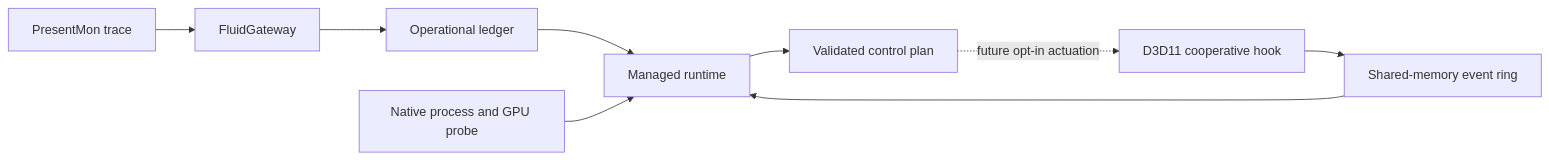
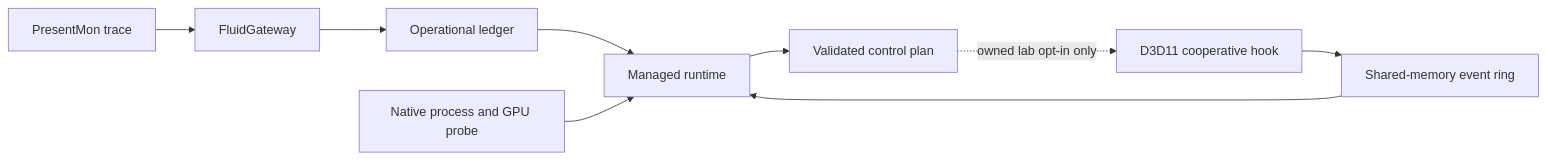
Before and after one commit to maxhuntert1414-max/FluidRuntime: the diagram in docs/architecture.md, drawn with Mermaid. The commit also changed other lines of this file and 22 other files, not shown here.

````diff
--- a/docs/architecture.md
+++ b/docs/architecture.md
@@ -8,11 +8,11 @@
 ```mermaid
 flowchart LR
     PM[PresentMon trace] --> FG[FluidGateway]
     FG --> L[Operational ledger]
     L --> MR[Managed runtime]
     NP[Native process and GPU probe] --> MR
     D3D[D3D11 cooperative hook] --> R[Shared-memory event ring]
     R --> MR
     MR --> P[Validated control plan]
-    P -. future opt-in actuation .-> D3D
+    P -. owned lab opt-in only .-> D3D
 ```
````
